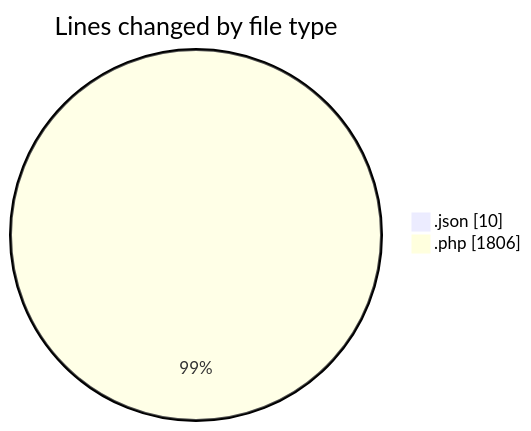
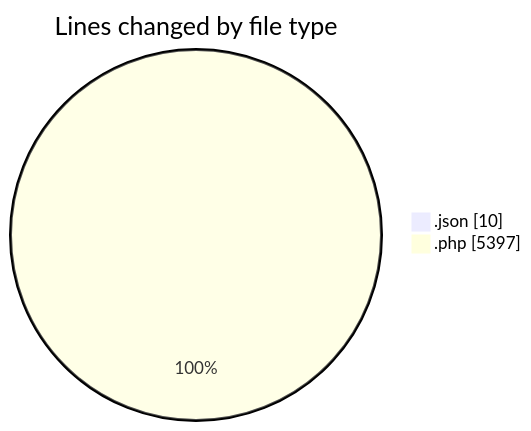
The first of 2 diagrams in 2025-10-16/untitled__workspace_/README.md (debugP/code-tracking), drawn with Mermaid before and after one commit. The commit also changed other lines of this file and 1 other file, not shown here.

````diff
--- a/2025-10-16/untitled__workspace_/README.md
+++ b/2025-10-16/untitled__workspace_/README.md
@@ -21,6 +21,6 @@
 ```mermaid
 pie showData
 title Lines changed by file type
 ".json" : 10
-".php" : 1806
+".php" : 5397
 ```
````
